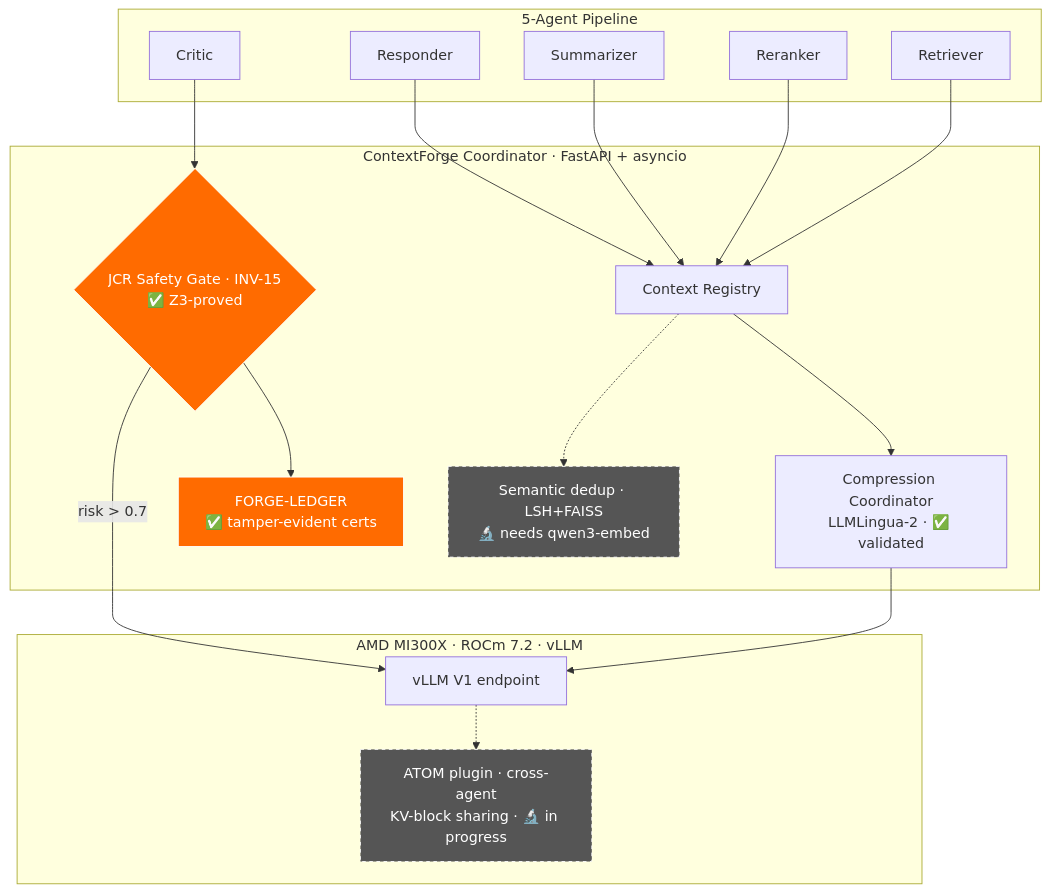
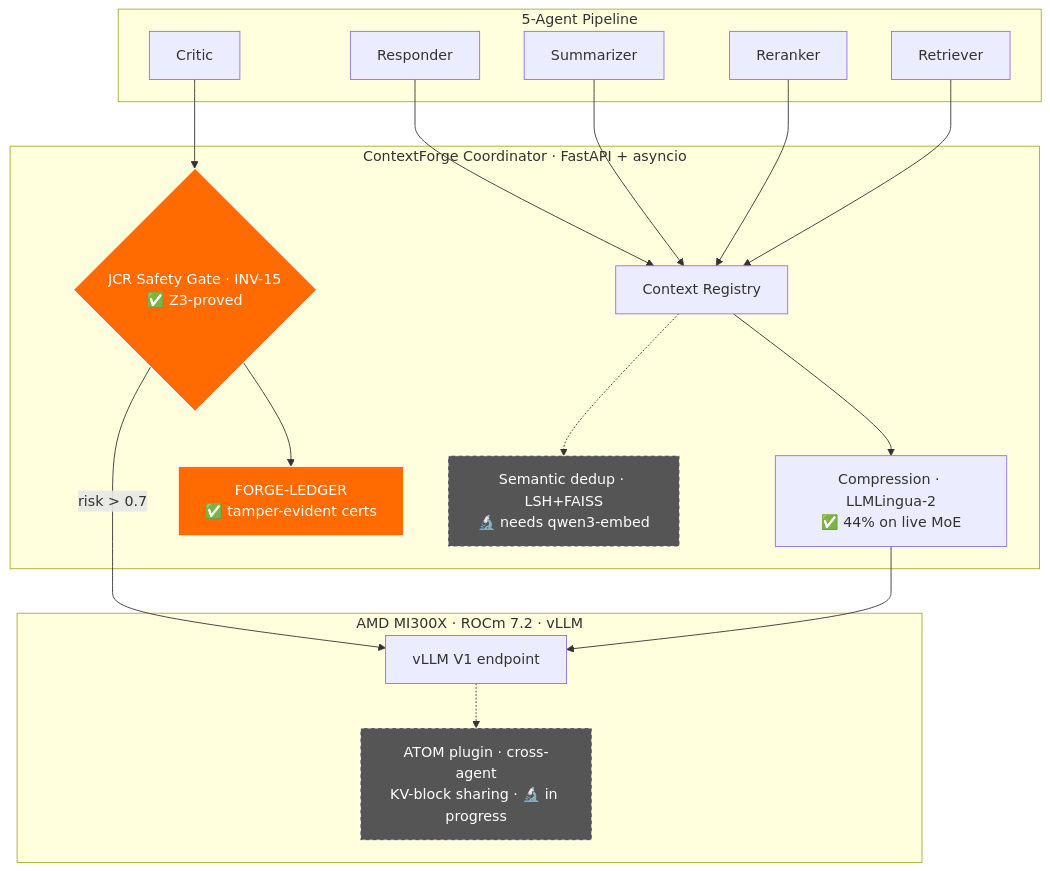
The diagram in README.md (SuarezPM/ContextForge), drawn with Mermaid before and after one commit. The commit also changed other lines of this file, not shown here.

````diff
--- a/README.md
+++ b/README.md
@@ -90,26 +90,26 @@
 ```mermaid
 flowchart TB
     subgraph Agents["5-Agent Pipeline"]
         A1[Retriever] & A2[Reranker] & A3[Summarizer] & A4[Critic] & A5[Responder]
     end
     subgraph CF["ContextForge Coordinator · FastAPI + asyncio"]
         REG["Context Registry"]
-        COMP["Compression Coordinator<br/>LLMLingua-2 · ✅ validated"]
+        COMP["Compression · LLMLingua-2<br/>✅ 44% on live MoE"]
         JCR{"JCR Safety Gate · INV-15<br/>✅ Z3-proved"}
         LEDGER["FORGE-LEDGER<br/>✅ tamper-evident certs"]
         DEDUP["Semantic dedup · LSH+FAISS<br/>🔬 needs qwen3-embed"]
     end
     subgraph Serving["AMD MI300X · ROCm 7.2 · vLLM"]
         VLLM["vLLM V1 endpoint"]
         ATOM["ATOM plugin · cross-agent<br/>KV-block sharing · 🔬 in progress"]
     end
     A1 & A2 & A3 & A5 --> REG --> COMP --> VLLM
     A4 --> JCR -->|risk > 0.7| VLLM
     JCR --> LEDGER
     REG -.-> DEDUP
     VLLM -.-> ATOM
     style JCR fill:#FF6B00,stroke:#fff,color:#fff
     style LEDGER fill:#FF6B00,stroke:#fff,color:#fff
     style ATOM fill:#555,stroke:#fff,color:#fff,stroke-dasharray:4
     style DEDUP fill:#555,stroke:#fff,color:#fff,stroke-dasharray:4
 ```
````
